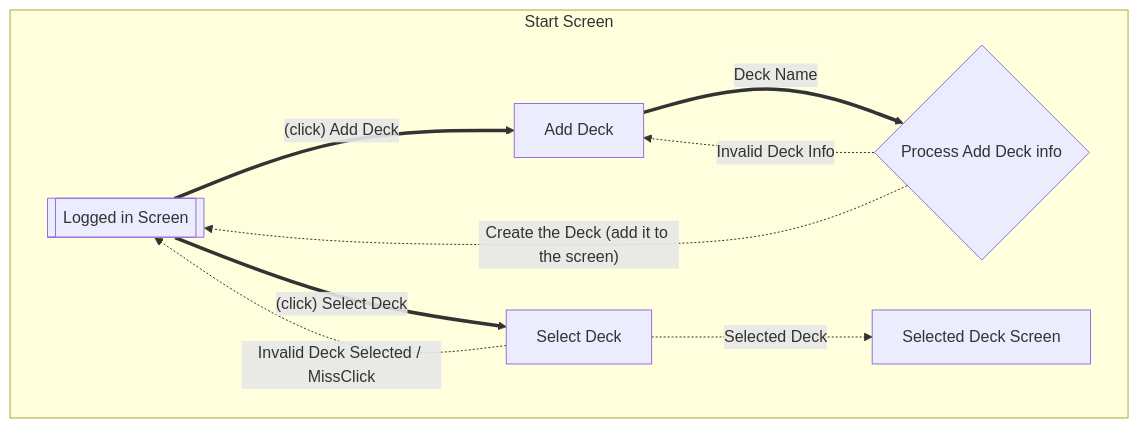
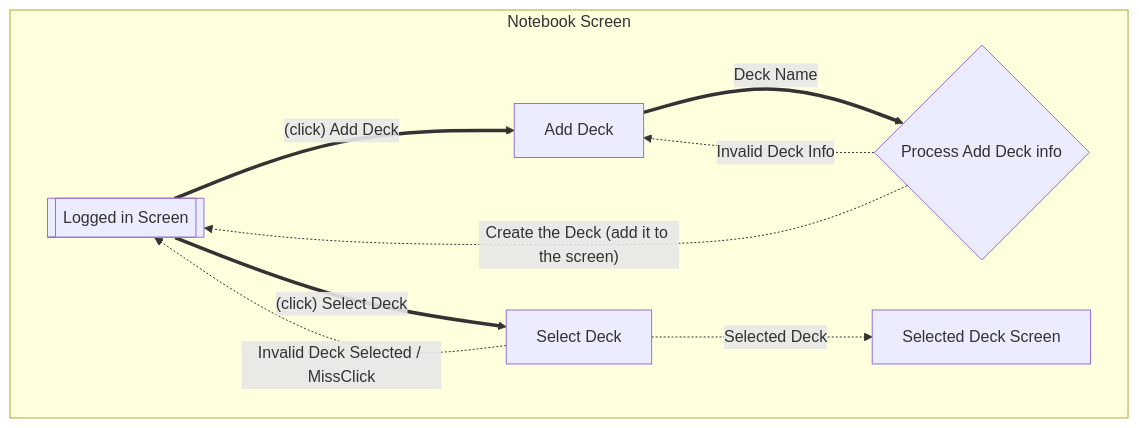
Before and after one commit to histri/FlashCard-Website: the second of 2 diagrams in flows.md, drawn with Mermaid. The commit also changed other lines of this file and 1 other file, not shown here.

Commit message:
Added another flow of interaction diagram

````diff
--- a/flows.md
+++ b/flows.md
@@ -11,27 +43,27 @@
 ```mermaid
 flowchart
-    subgraph Start Screen
+    subgraph Notebook Screen
         mainScreen[[Logged in Screen]]
         
         createDeckScreen[Add Deck]
         processCreate{Process Add Deck info}
         
         selectDeck[Select Deck]
         DeckScreen[Selected Deck Screen]
         
         
         mainScreen == (click) Add Deck ==> createDeckScreen
         mainScreen == (click) Select Deck ==> selectDeck
         
         createDeckScreen == Deck Name ==> processCreate
         processCreate -. Invalid Deck Info .-> createDeckScreen
         processCreate -. Create the Deck (add it to the screen) .-> mainScreen
         
         selectDeck -. Invalid Deck Selected / MissClick .-> mainScreen
         selectDeck -. Selected Deck .-> DeckScreen
         
       
     end
     
     
 ```
````
